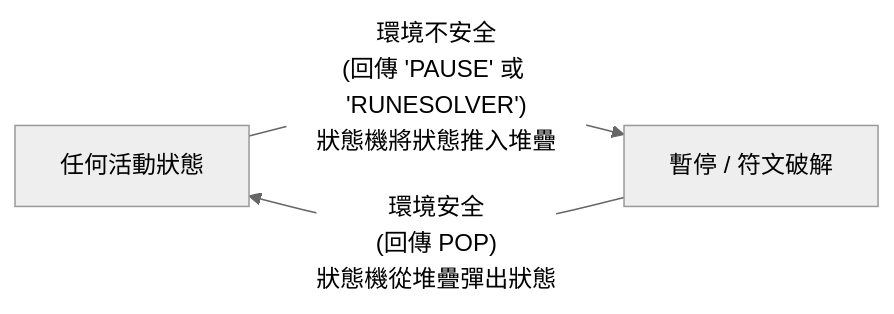
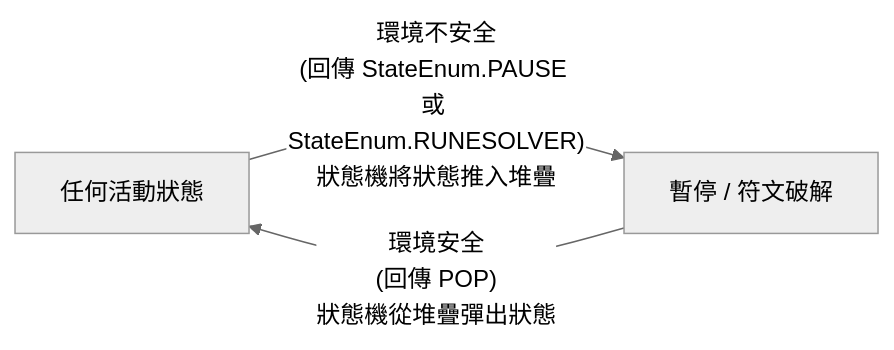
The third of 3 diagrams in src/states/README.md (abc21086999/maple_script), drawn with Mermaid (neutral theme) before and after one commit. The commit also changed other lines of this file and 9 other files, not shown here.

````diff
--- a/src/states/README.md
+++ b/src/states/README.md
@@ -95,5 +98,5 @@
 ```mermaid
 graph LR
-    AnyState["任何活動狀態"] -->|"環境不安全\n(回傳 'PAUSE' 或 'RUNESOLVER')\n狀態機將狀態推入堆疊"| Interrupt["暫停 / 符文破解"]
+    AnyState["任何活動狀態"] -->|"環境不安全\n(回傳 StateEnum.PAUSE 或 StateEnum.RUNESOLVER)\n狀態機將狀態推入堆疊"| Interrupt["暫停 / 符文破解"]
     Interrupt -->|"環境安全\n(回傳 POP)\n狀態機從堆疊彈出狀態"| AnyState
 ```
````
